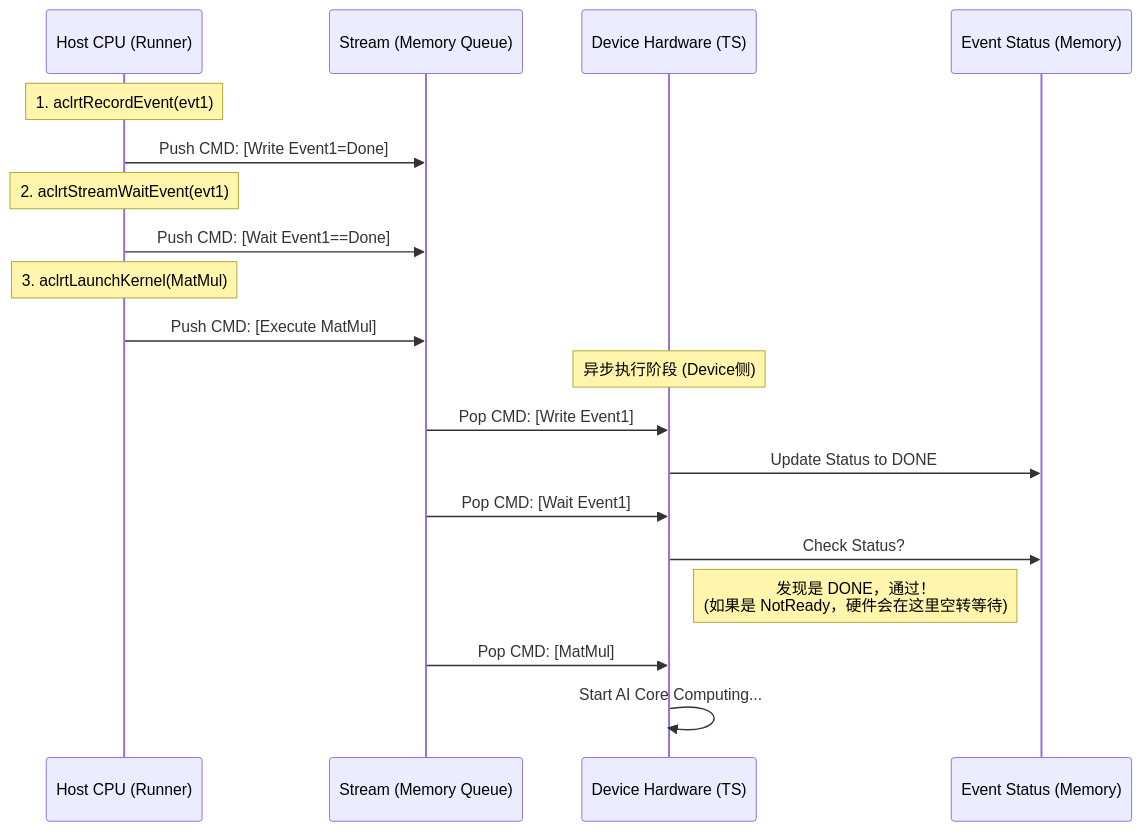
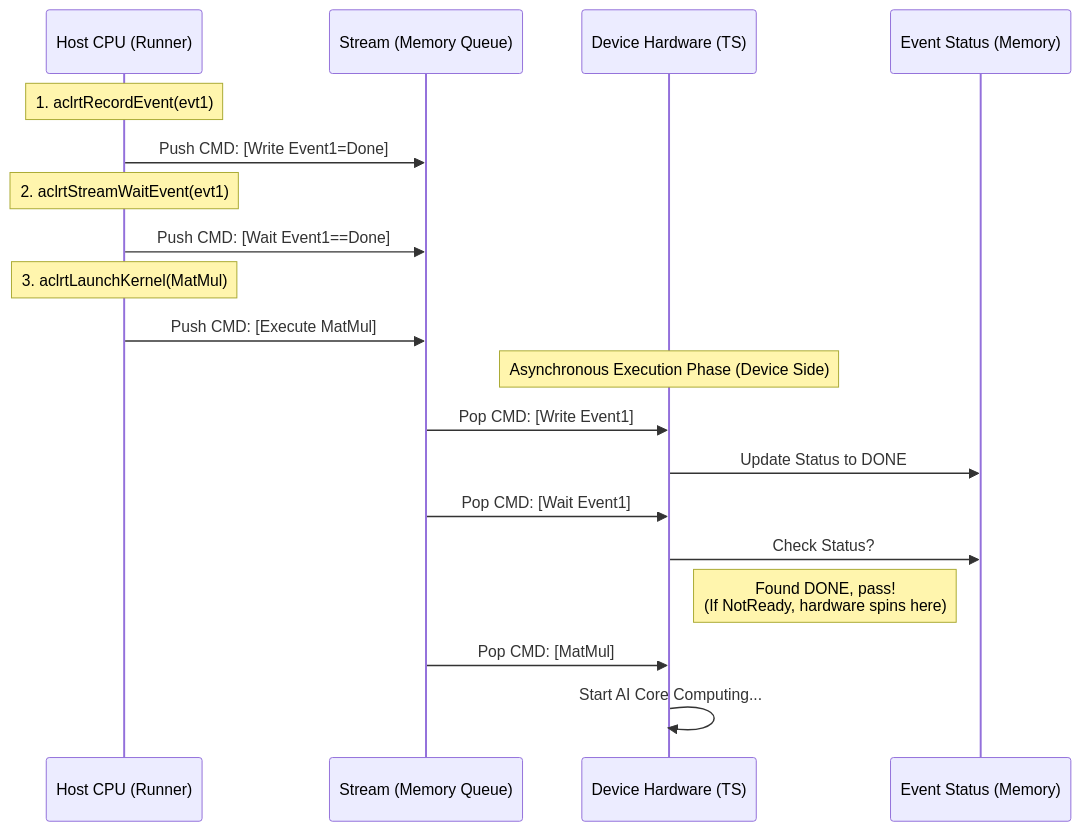
One commit to Atlas-Ascend-Fork/hcomm changed the first of 19 diagrams in test/hccl_vm/docs/simulator_runner_data_model_en.md. Above: the diagram before and after it, drawn with Mermaid. The commit also changed other lines of this file and 73 other files, not shown here.

````diff
--- a/test/hccl_vm/docs/simulator_runner_data_model_en.md
+++ b/test/hccl_vm/docs/simulator_runner_data_model_en.md
@@ -62,29 +62,29 @@
 ```mermaid
 
 sequenceDiagram
     participant HostThread as Host CPU (Runner)
     participant StreamQueue as Stream (Memory Queue)
     participant DeviceScheduler as Device Hardware (TS)
     participant EventMem as Event Status (Memory)
 
     Note over HostThread: 1. aclrtRecordEvent(evt1)
     HostThread->>StreamQueue: Push CMD: [Write Event1=Done]
 
     Note over HostThread: 2. aclrtStreamWaitEvent(evt1)
     HostThread->>StreamQueue: Push CMD: [Wait Event1==Done]
 
     Note over HostThread: 3. aclrtLaunchKernel(MatMul)
     HostThread->>StreamQueue: Push CMD: [Execute MatMul]
 
-    Note over DeviceScheduler: 异步执行阶段 (Device侧)
+    Note over DeviceScheduler: Asynchronous Execution Phase (Device Side)
 
     StreamQueue->>DeviceScheduler: Pop CMD: [Write Event1]
     DeviceScheduler->>EventMem: Update Status to DONE
 
     StreamQueue->>DeviceScheduler: Pop CMD: [Wait Event1]
     DeviceScheduler->>EventMem: Check Status?
-    Note right of DeviceScheduler: 发现是 DONE，通过！<br/>(如果是 NotReady，硬件会在这里空转等待)
+    Note right of DeviceScheduler: Found DONE, pass!<br/>(If NotReady, hardware spins here)
 
     StreamQueue->>DeviceScheduler: Pop CMD: [MatMul]
     DeviceScheduler->>DeviceScheduler: Start AI Core Computing...
 ```
````
